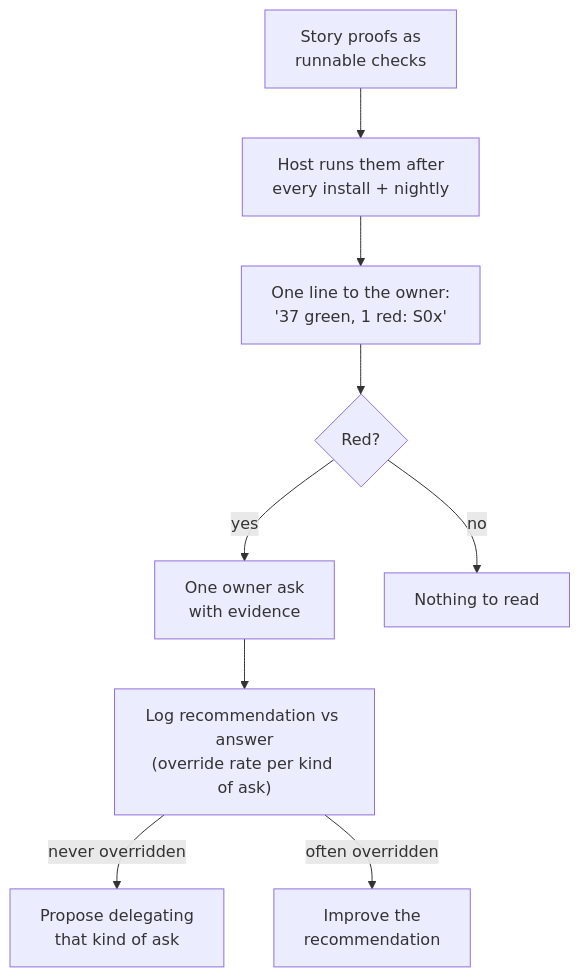
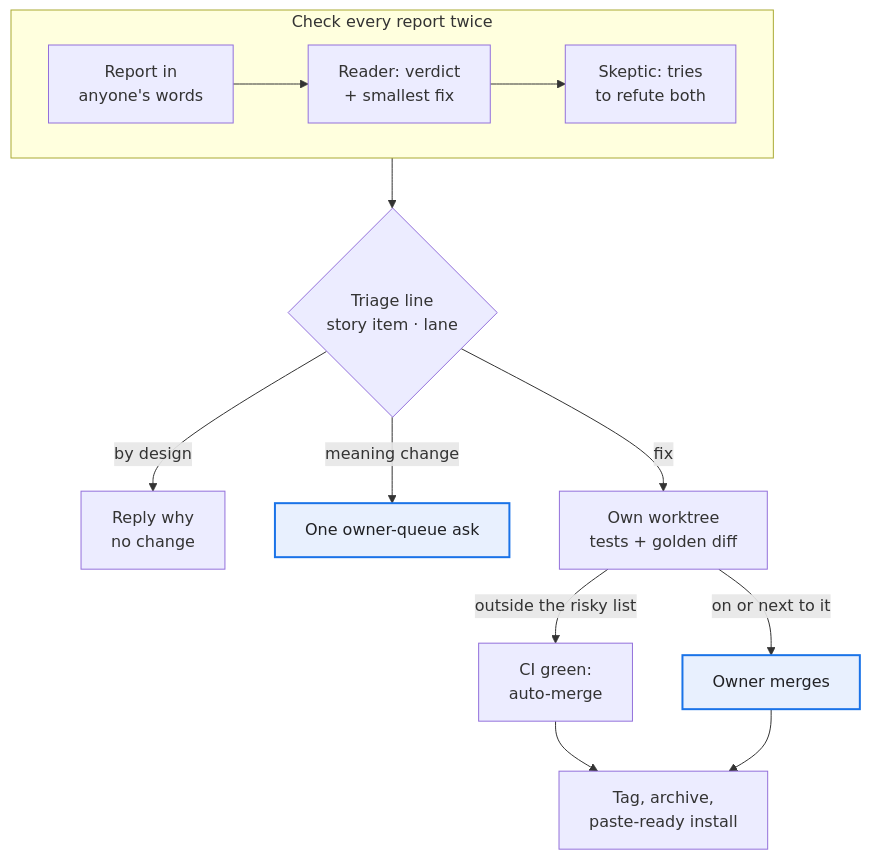
The tenth of 12 diagrams in README.md (thaddeus-growth/Agent-Harness-playbook), drawn with Mermaid before and after one commit. The commit also changed other lines of this file and 19 other files, not shown here.

````diff
--- a/README.md
+++ b/README.md
@@ -234,11 +331,15 @@
 ```mermaid
 flowchart TB
-    SP["Story proofs as<br/>runnable checks"] --> N["Host runs them after<br/>every install + nightly"]
-    N --> L["One line to the owner:<br/>'37 green, 1 red: S0x'"]
-    L --> A{"Red?"}
-    A -->|yes| Q["One owner ask<br/>with evidence"]
-    A -->|no| Z["Nothing to read"]
-    Q --> AU["Log recommendation vs answer<br/>(override rate per kind of ask)"]
-    AU -->|never overridden| DEL["Propose delegating<br/>that kind of ask"]
-    AU -->|often overridden| FIX["Improve the<br/>recommendation"]
+    subgraph IN["Check every report twice"]
+      direction LR
+      R["Report in<br/>anyone's words"] --> V["Reader: verdict<br/>+ smallest fix"] --> SK["Skeptic: tries<br/>to refute both"]
+    end
+    IN --> T{"Triage line<br/>story item · lane"}
+    T -->|by design| N["Reply why<br/>no change"]
+    T -->|meaning change| QO["One owner-queue ask"]:::owner
+    T -->|fix| B["Own worktree<br/>tests + golden diff"]
+    B -->|outside the risky list| AM["CI green:<br/>auto-merge"]
+    B -->|on or next to it| OM["Owner merges"]:::owner
+    AM & OM --> REL["Tag, archive,<br/>paste-ready install"]
+    classDef owner fill:#e8f0fe,stroke:#1a73e8,stroke-width:2px,color:#202124
 ```
````
